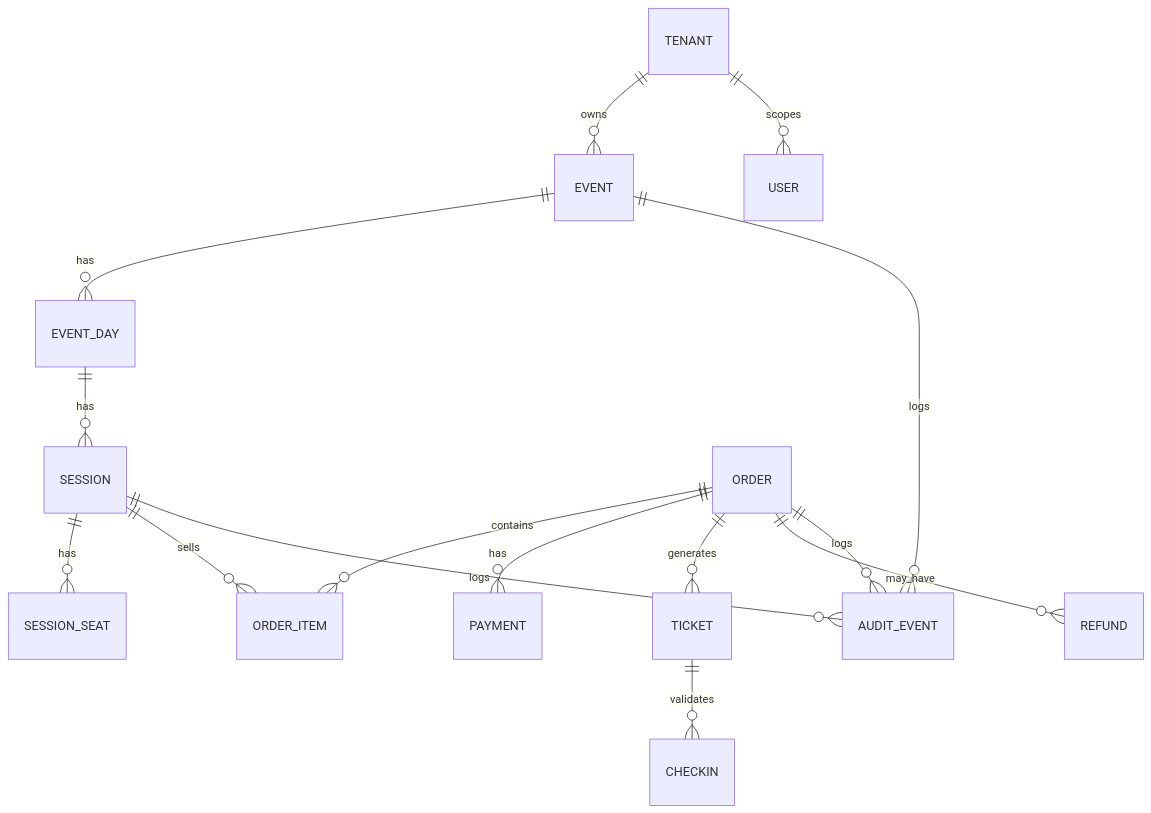
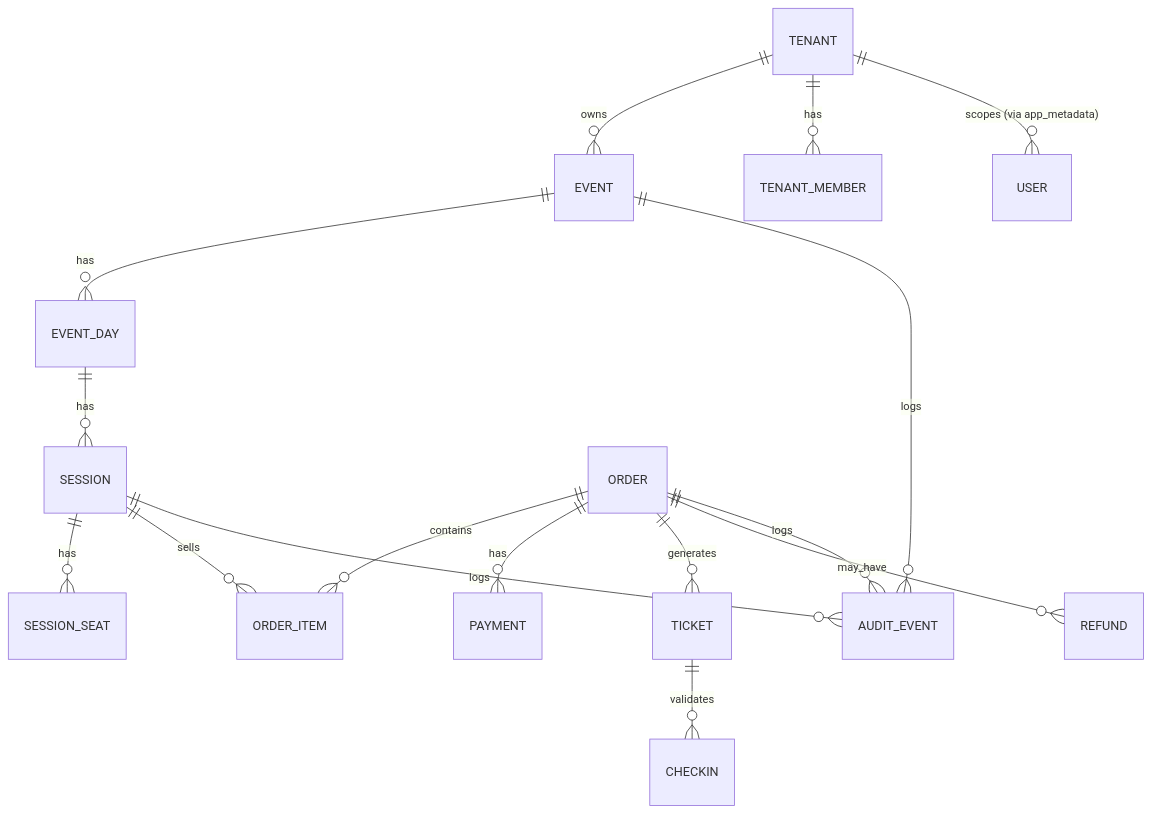
One commit to vbaptistel/primeira-fila changed the first of 3 diagrams in docs/03-modelo-dominio.md. Above: the diagram before and after it, drawn with Mermaid. The commit also changed other lines of this file and 21 other files, not shown here.

````diff
--- a/docs/03-modelo-dominio.md
+++ b/docs/03-modelo-dominio.md
@@ -46,17 +48,18 @@
 ```mermaid
 erDiagram
   TENANT ||--o{ EVENT : owns
-  TENANT ||--o{ USER : scopes
+  TENANT ||--o{ TENANT_MEMBER : has
+  TENANT ||--o{ USER : "scopes (via app_metadata)"
   EVENT ||--o{ EVENT_DAY : has
   EVENT_DAY ||--o{ SESSION : has
   SESSION ||--o{ SESSION_SEAT : has
   SESSION ||--o{ ORDER_ITEM : sells
   ORDER ||--o{ ORDER_ITEM : contains
   ORDER ||--o{ PAYMENT : has
   ORDER ||--o{ TICKET : generates
   TICKET ||--o{ CHECKIN : validates
   ORDER ||--o{ REFUND : may_have
   EVENT ||--o{ AUDIT_EVENT : logs
   ORDER ||--o{ AUDIT_EVENT : logs
   SESSION ||--o{ AUDIT_EVENT : logs
 ```
````
